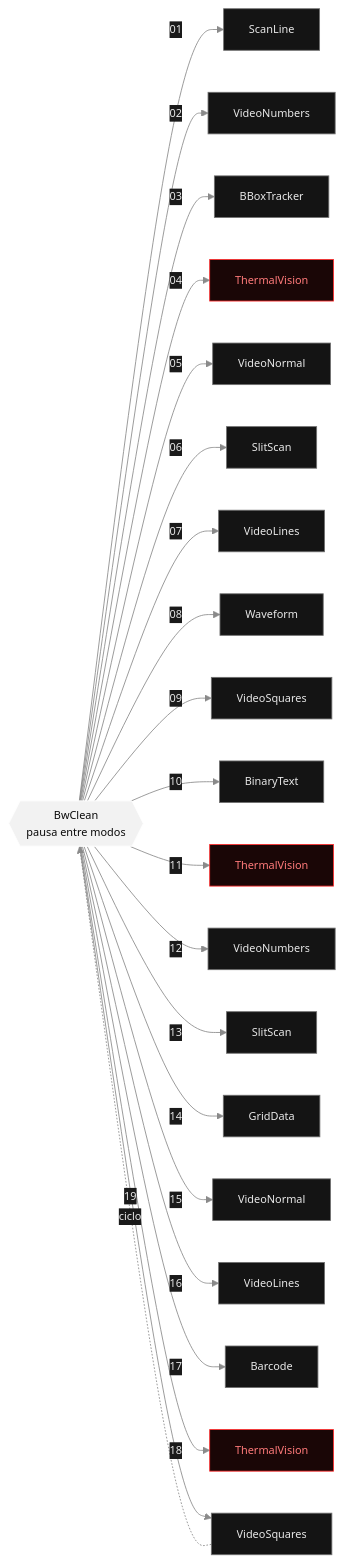
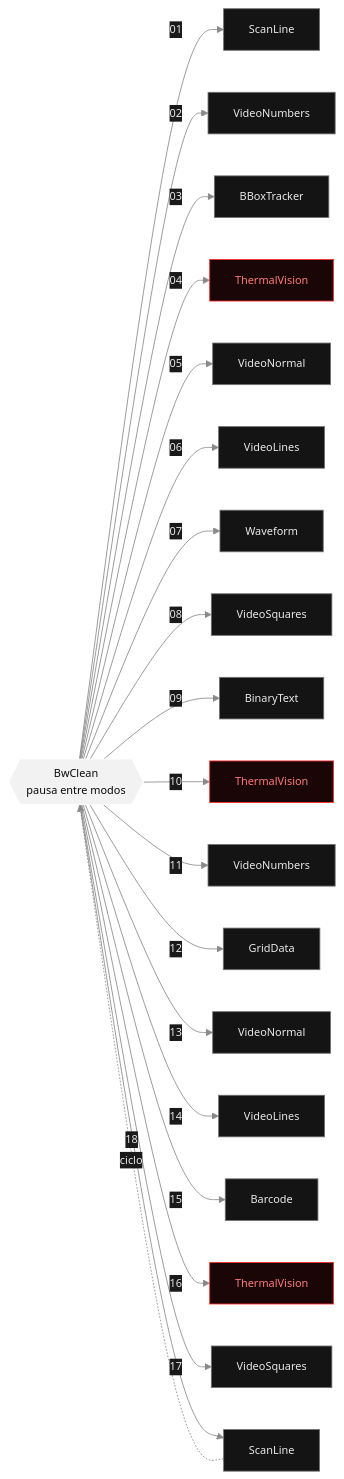
One commit to Lessnullvoid/Partitura_del_Juego changed the fourth of 8 diagrams in README.md. Above: the diagram before and after it, drawn with Mermaid. The commit also changed other lines of this file, not shown here.

````diff
--- a/README.md
+++ b/README.md
@@ -152,31 +152,30 @@
 ```mermaid
 %%{init: {"theme":"base","themeVariables":{"fontFamily":"ui-monospace, SFMono-Regular, Menlo, monospace","fontSize":"13px","primaryColor":"#141414","primaryTextColor":"#e8e8e8","primaryBorderColor":"#707070","lineColor":"#8a8a8a","edgeLabelBackground":"#1a1a1a"}}}%%
 flowchart LR
     BW{{"BwClean<br/>pausa entre modos"}}
 
     BW -->|01| S01["ScanLine"]
     BW -->|02| S02["VideoNumbers"]
     BW -->|03| S03["BBoxTracker"]
     BW -->|04| S04["ThermalVision"]
     BW -->|05| S05["VideoNormal"]
-    BW -->|06| S06["SlitScan"]
-    BW -->|07| S07["VideoLines"]
-    BW -->|08| S08["Waveform"]
-    BW -->|09| S09["VideoSquares"]
-    BW -->|10| S10["BinaryText"]
-    BW -->|11| S11["ThermalVision"]
-    BW -->|12| S12["VideoNumbers"]
-    BW -->|13| S13["SlitScan"]
-    BW -->|14| S14["GridData"]
-    BW -->|15| S15["VideoNormal"]
-    BW -->|16| S16["VideoLines"]
-    BW -->|17| S17["Barcode"]
-    BW -->|18| S18["ThermalVision"]
-    BW -->|19| S19["VideoSquares"]
-    S19 -.->|"ciclo"| BW
+    BW -->|06| S06["VideoLines"]
+    BW -->|07| S07["Waveform"]
+    BW -->|08| S08["VideoSquares"]
+    BW -->|09| S09["BinaryText"]
+    BW -->|10| S10["ThermalVision"]
+    BW -->|11| S11["VideoNumbers"]
+    BW -->|12| S12["GridData"]
+    BW -->|13| S13["VideoNormal"]
+    BW -->|14| S14["VideoLines"]
+    BW -->|15| S15["Barcode"]
+    BW -->|16| S16["ThermalVision"]
+    BW -->|17| S17["VideoSquares"]
+    BW -->|18| S18["ScanLine"]
+    S18 -.->|"ciclo"| BW
 
     classDef pause fill:#f2f2f2,stroke:#ffffff,color:#0a0a0a
     classDef rep fill:#1a0606,stroke:#ff2b2b,color:#ff7a7a
     class BW pause
-    class S04,S11,S18 rep
+    class S04,S10,S16 rep
 ```
````
